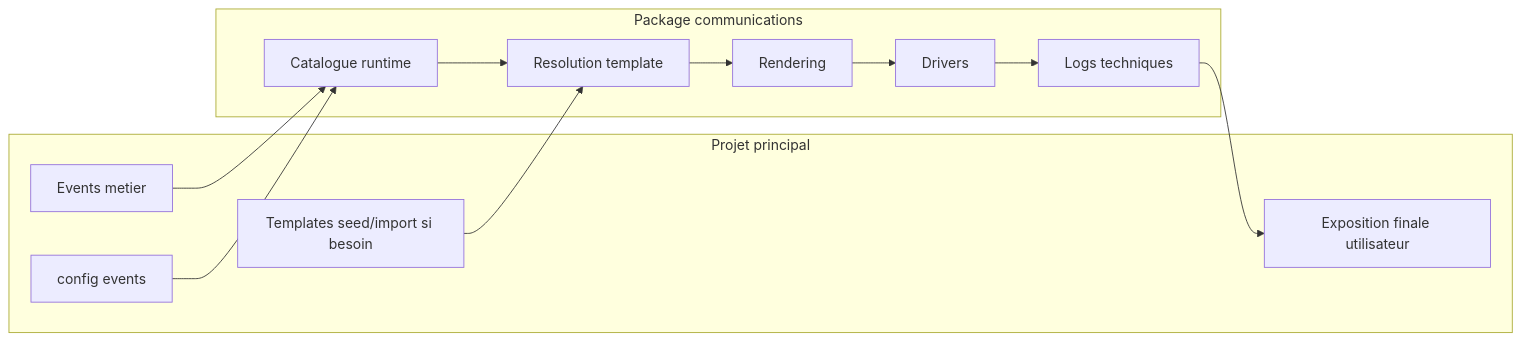
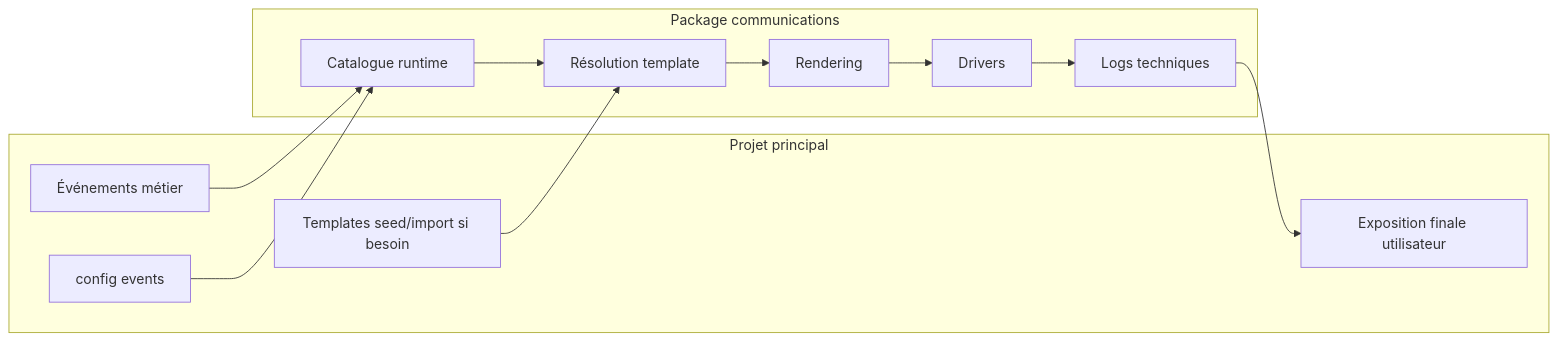
The sixth of 7 diagrams in docs/DIAGRAMS.md (Alex-Saba/notificationmanager), drawn with Mermaid before and after one commit. The commit also changed other lines of this file and 7 other files, not shown here.

````diff
--- a/docs/DIAGRAMS.md
+++ b/docs/DIAGRAMS.md
@@ -104,26 +104,26 @@
 ```mermaid
 flowchart LR
     subgraph Host["Projet principal"]
-        A["Events metier"]
+        A["Événements métier"]
         B["config events"]
         C["Templates seed/import si besoin"]
         D["Exposition finale utilisateur"]
     end
 
     subgraph Package["Package communications"]
         E["Catalogue runtime"]
-        F["Resolution template"]
+        F["Résolution template"]
         G["Rendering"]
         H["Drivers"]
         I["Logs techniques"]
     end
 
     A --> E
     B --> E
     C --> F
     E --> F
     F --> G
     G --> H
     H --> I
     I --> D
 ```
````
